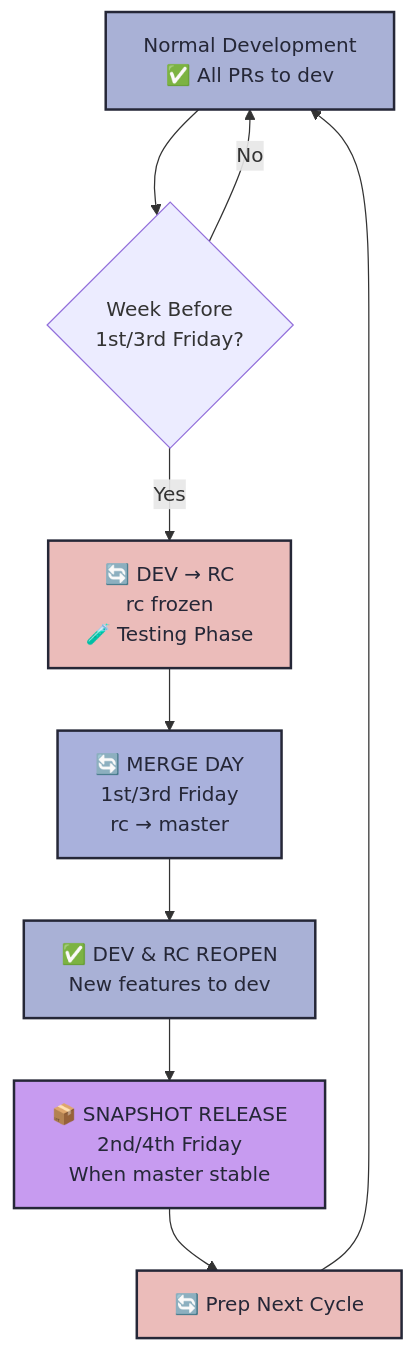
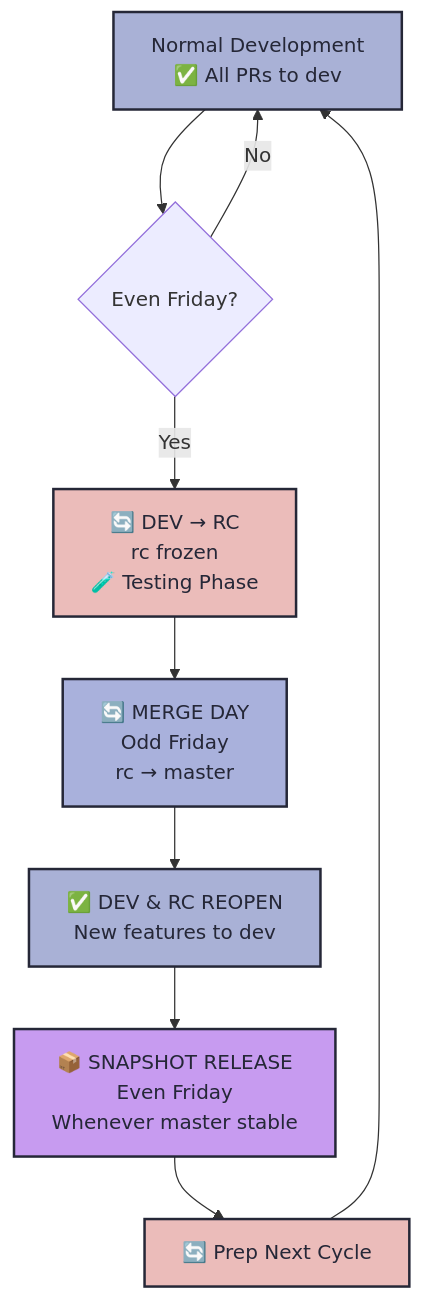
Before and after one commit to zeerayne/HyDE: the first of 3 diagrams in RELEASE_POLICY.md, drawn with Mermaid. The commit also changed other lines of this file, not shown here.

First line of the commit message:
Update RELEASE_POLICY.md

````diff
--- a/RELEASE_POLICY.md
+++ b/RELEASE_POLICY.md
@@ -143,19 +74,19 @@
 ```mermaid
 graph TD
-    A[Normal Development<br/>✅ All PRs to dev] --> B{Week Before<br/>1st/3rd Friday?}
+    A[Normal Development<br/>✅ All PRs to dev] --> B{Even Friday?}
     B -->|Yes| C[🔄 DEV → RC<br/>rc frozen<br/>🧪 Testing Phase]
     B -->|No| A
     
-    C --> D[🔄 MERGE DAY<br/>1st/3rd Friday<br/>rc → master]
+    C --> D[🔄 MERGE DAY<br/>Odd Friday<br/>rc → master]
     D --> E[✅ DEV & RC REOPEN<br/>New features to dev]
-    E --> F[📦 SNAPSHOT RELEASE<br/>2nd/4th Friday<br/>When master stable]
+    E --> F[📦 SNAPSHOT RELEASE<br/>Even Friday<br/>Whenever master stable]
     F --> G[🔄 Prep Next Cycle]
     G --> A
     
     style A fill:#a9b1d6,stroke:#252737,stroke-width:2px,color:#252737
     style C fill:#ebbcba,stroke:#252737,stroke-width:2px,color:#252737
     style D fill:#a9b1dc,stroke:#252737,stroke-width:2px,color:#252737
     style E fill:#a9b1d6,stroke:#252737,stroke-width:2px,color:#252737
     style F fill:#c79bf0,stroke:#252737,stroke-width:2px,color:#252737
     style G fill:#ebbcba,stroke:#252737,stroke-width:2px,color:#252737
 ```
````
